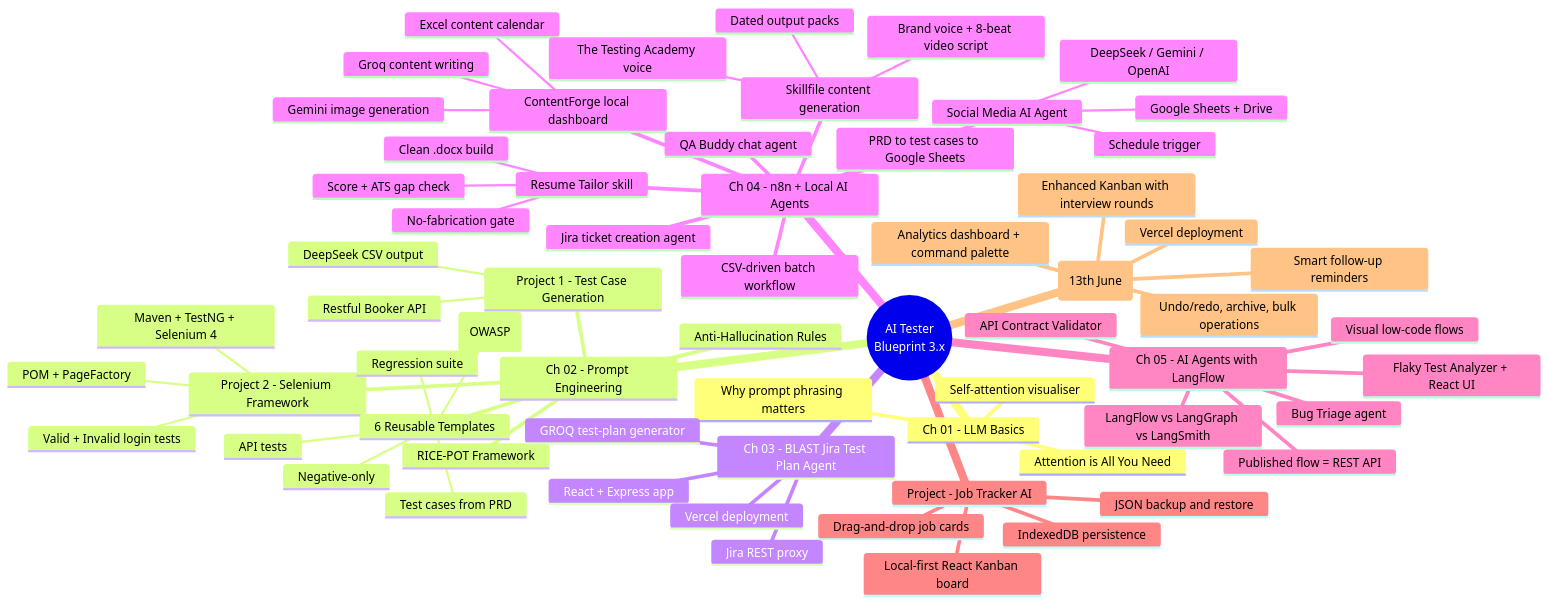
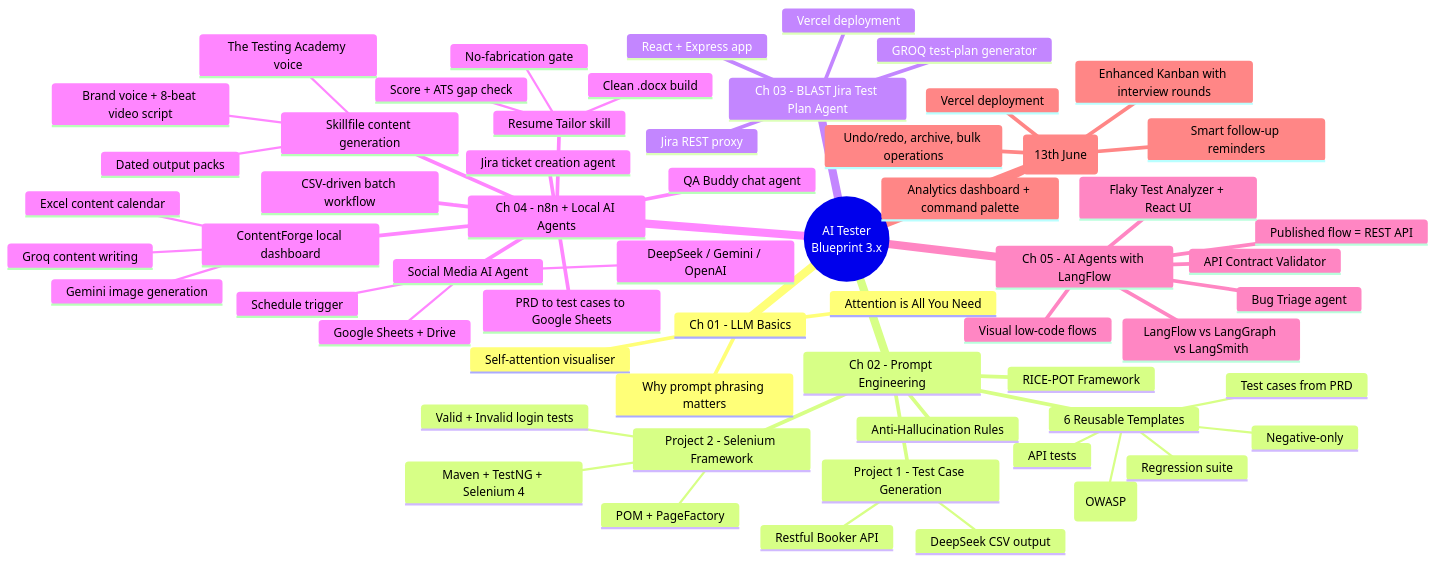
One commit to RJ-626/Learn_AITester_batch3x changed the first of 7 diagrams in README.md. Above: the diagram before and after it, drawn with Mermaid. The commit also changed other lines of this file, not shown here.

Commit message:
docs: update README - add TOC, fix author, dedupe requirements, unify job tracker folder refs

````diff
--- a/README.md
+++ b/README.md
@@ -12,68 +29,63 @@
 ```mermaid
 mindmap
   root((AI Tester<br/>Blueprint 3.x))
     Ch 01 - LLM Basics
       Attention is All You Need
       Self-attention visualiser
       Why prompt phrasing matters
     Ch 02 - Prompt Engineering
       Anti-Hallucination Rules
       RICE-POT Framework
       Project 1 - Test Case Generation
         Restful Booker API
         DeepSeek CSV output
       Project 2 - Selenium Framework
         Maven + TestNG + Selenium 4
         POM + PageFactory
         Valid + Invalid login tests
       6 Reusable Templates
         Test cases from PRD
         API tests
         Negative-only
         Security (OWASP)
         Regression suite
     Ch 03 - BLAST Jira Test Plan Agent
       React + Express app
       Jira REST proxy
       GROQ test-plan generator
       Vercel deployment
     Ch 04 - n8n + Local AI Agents
       QA Buddy chat agent
       Jira ticket creation agent
       PRD to test cases to Google Sheets
       CSV-driven batch workflow
       ContentForge local dashboard
         Groq content writing
         Gemini image generation
         Excel content calendar
       Skillfile content generation
         The Testing Academy voice
         Brand voice + 8-beat video script
         Dated output packs
       Social Media AI Agent
         Schedule trigger
         DeepSeek / Gemini / OpenAI
         Google Sheets + Drive
       Resume Tailor skill
         Score + ATS gap check
         No-fabrication gate
         Clean .docx build
     Ch 05 - AI Agents with LangFlow
       Visual low-code flows
       Published flow = REST API
       Flaky Test Analyzer + React UI
       API Contract Validator
       Bug Triage agent
       LangFlow vs LangGraph vs LangSmith
-    Project - Job Tracker AI
-      Local-first React Kanban board
-      IndexedDB persistence
-      Drag-and-drop job cards
-      JSON backup and restore
     Live Task - Job Tracker (13th June)
       Enhanced Kanban with interview rounds
       Analytics dashboard + command palette
       Undo/redo, archive, bulk operations
       Smart follow-up reminders
       Vercel deployment
 ```
````
